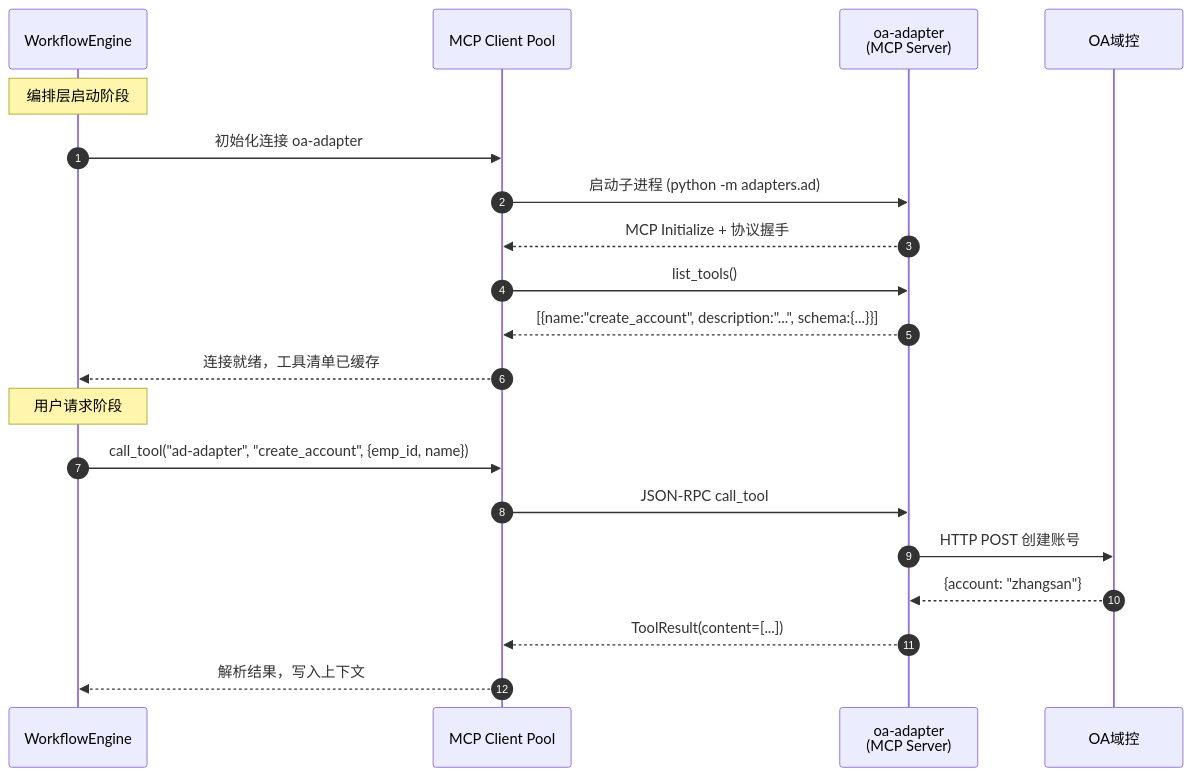
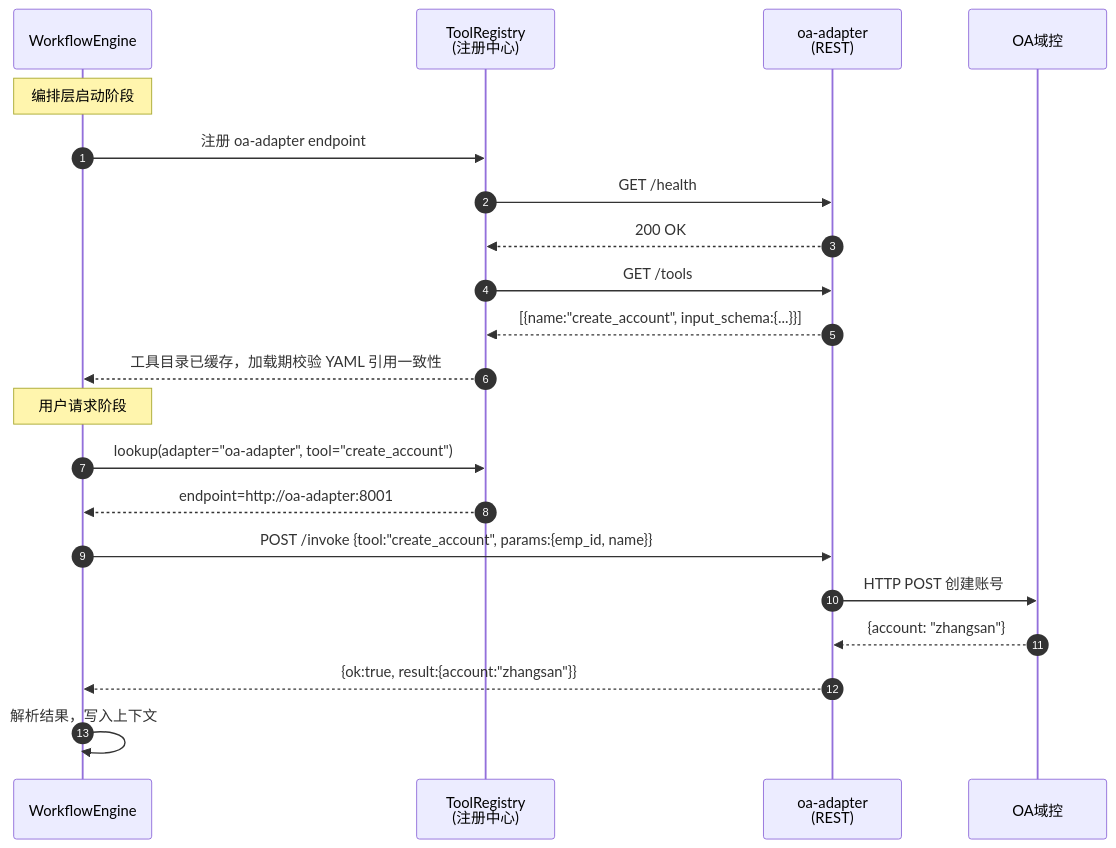
Before and after one commit to zs2731070169-web/smart_talkflow: the sixth of 8 diagrams in SSD/传统业务系统接入 Agent 落地计划.md, drawn with Mermaid. The commit also changed other lines of this file and 18 other files, not shown here.

````diff
--- a/SSD/传统业务系统接入 Agent 落地计划.md
+++ b/SSD/传统业务系统接入 Agent 落地计划.md
@@ -354,24 +359,25 @@
 ```mermaid
 sequenceDiagram
     autonumber
     participant Engine as WorkflowEngine
-    participant Pool as MCP Client Pool
-    participant MCP as oa-adapter<br/>(MCP Server)
-    participant OA as OA域控
+    participant Reg as ToolRegistry<br/>(注册中心)
+    participant OA as oa-adapter<br/>(REST)
+    participant SYS as OA域控
 
     Note over Engine: 编排层启动阶段
-    Engine->>Pool: 初始化连接 oa-adapter
-    Pool->>MCP: 启动子进程 (python -m adapters.ad)
-    MCP-->>Pool: MCP Initialize + 协议握手
-    Pool->>MCP: list_tools()
-    MCP-->>Pool: [{name:"create_account", description:"...", schema:{...}}]
-    Pool-->>Engine: 连接就绪，工具清单已缓存
+    Engine->>Reg: 注册 oa-adapter endpoint
+    Reg->>OA: GET /health
+    OA-->>Reg: 200 OK
+    Reg->>OA: GET /tools
+    OA-->>Reg: [{name:"create_account", input_schema:{...}}]
+    Reg-->>Engine: 工具目录已缓存，加载期校验 YAML 引用一致性
 
     Note over Engine: 用户请求阶段
-    Engine->>Pool: call_tool("ad-adapter", "create_account", {emp_id, name})
-    Pool->>MCP: JSON-RPC call_tool
-    MCP->>OA: HTTP POST 创建账号
-    OA-->>MCP: {account: "zhangsan"}
-    MCP-->>Pool: ToolResult(content=[...])
-    Pool-->>Engine: 解析结果，写入上下文
+    Engine->>Reg: lookup(adapter="oa-adapter", tool="create_account")
+    Reg-->>Engine: endpoint=http://oa-adapter:8001
+    Engine->>OA: POST /invoke {tool:"create_account", params:{emp_id, name}}
+    OA->>SYS: HTTP POST 创建账号
+    SYS-->>OA: {account: "zhangsan"}
+    OA-->>Engine: {ok:true, result:{account:"zhangsan"}}
+    Engine->>Engine: 解析结果，写入上下文
 ```
````
